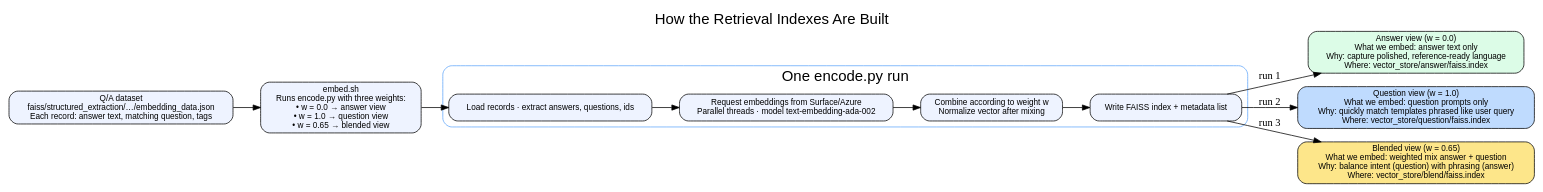
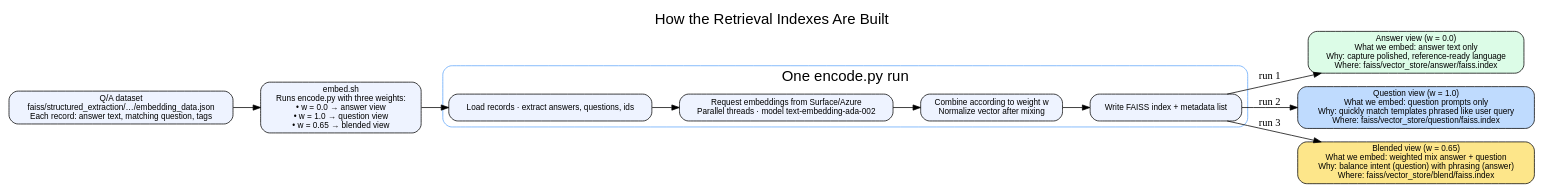
Before and after one commit to chris544460/rfp: the diagram in docs/diagrams/vector_embeddings.dot, drawn with Graphviz. The commit also changed 8 other files, not shown here.

Commit message:
refactor: relocate faiss vector store under stack

```diff
--- a/docs/diagrams/vector_embeddings.dot
+++ b/docs/diagrams/vector_embeddings.dot
@@ -1,31 +1,31 @@
 digraph VectorEmbeddingPipeline {
     graph [label="How the Retrieval Indexes Are Built", labelloc="t", fontsize=20, fontname="Helvetica"];
     rankdir=LR;
     splines=true;
     node [shape=rect, style="rounded,filled", fillcolor="#eef3ff", fontname="Helvetica", fontsize=11];
 
     dataset [label="Q/A dataset\nfaiss/structured_extraction/…/embedding_data.json\nEach record: answer text, matching question, tags"];
     orchestrator [label="embed.sh\nRuns encode.py with three weights:\n• w = 0.0 → answer view\n• w = 1.0 → question view\n• w = 0.65 → blended view"];
     dataset -> orchestrator;
 
     subgraph cluster_encode {
         label="One encode.py run";
         color="#60a5fa";
         style="rounded";
         prep [label="Load records · extract answers, questions, ids"];
         call_api [label="Request embeddings from Surface/Azure\nParallel threads · model text-embedding-ada-002"];
         mix [label="Combine according to weight w\nNormalize vector after mixing"];
         faiss [label="Write FAISS index + metadata list"];
         prep -> call_api -> mix -> faiss;
     }
 
     orchestrator -> prep;
 
-    answer_index [label="Answer view (w = 0.0)\nWhat we embed: answer text only\nWhy: capture polished, reference-ready language\nWhere: vector_store/answer/faiss.index" fillcolor="#dcfce7"];
-    question_index [label="Question view (w = 1.0)\nWhat we embed: question prompts only\nWhy: quickly match templates phrased like user query\nWhere: vector_store/question/faiss.index" fillcolor="#bfdbfe"];
-    blend_index [label="Blended view (w = 0.65)\nWhat we embed: weighted mix answer + question\nWhy: balance intent (question) with phrasing (answer)\nWhere: vector_store/blend/faiss.index" fillcolor="#fde68a"];
+    answer_index [label="Answer view (w = 0.0)\nWhat we embed: answer text only\nWhy: capture polished, reference-ready language\nWhere: faiss/vector_store/answer/faiss.index" fillcolor="#dcfce7"];
+    question_index [label="Question view (w = 1.0)\nWhat we embed: question prompts only\nWhy: quickly match templates phrased like user query\nWhere: faiss/vector_store/question/faiss.index" fillcolor="#bfdbfe"];
+    blend_index [label="Blended view (w = 0.65)\nWhat we embed: weighted mix answer + question\nWhy: balance intent (question) with phrasing (answer)\nWhere: faiss/vector_store/blend/faiss.index" fillcolor="#fde68a"];
 
     faiss -> answer_index [label="run 1"];
     faiss -> question_index [label="run 2"];
     faiss -> blend_index [label="run 3"];
 }
```
